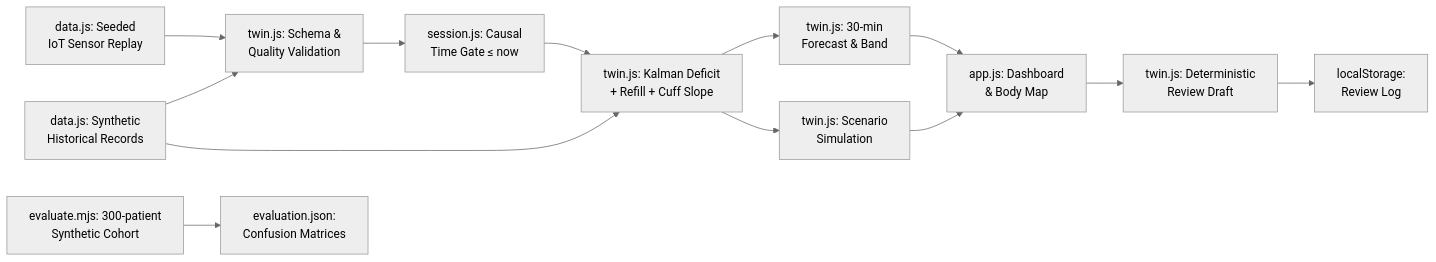
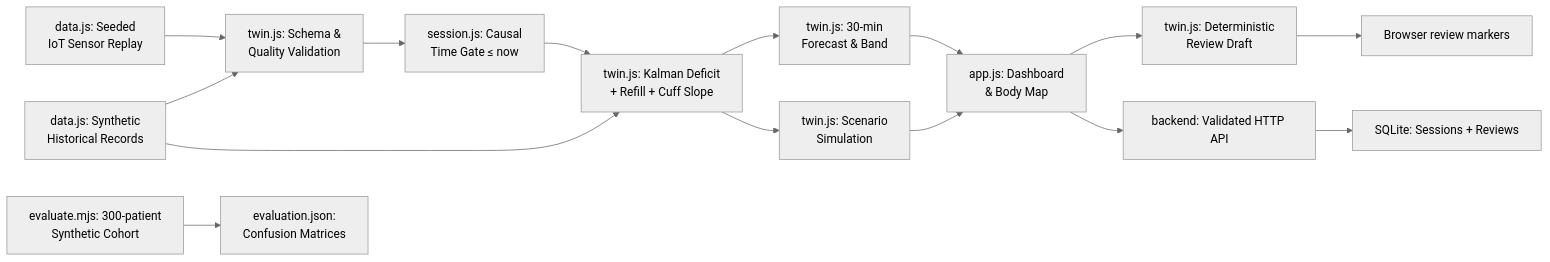
Before and after one commit to Prem-333/Nephra: the first of 2 diagrams in README.md, drawn with Mermaid (neutral theme). The commit also changed other lines of this file and 104 other files, not shown here.

````diff
--- a/README.md
+++ b/README.md
@@ -113,15 +114,17 @@
 ```mermaid
 flowchart LR
     HR["data.js: Synthetic<br/>Historical Records"] --> VAL["twin.js: Schema &<br/>Quality Validation"]
     IOT["data.js: Seeded<br/>IoT Sensor Replay"] --> VAL
     VAL --> GATE["session.js: Causal<br/>Time Gate ≤ now"]
     GATE --> KAL["twin.js: Kalman Deficit<br/>+ Refill + Cuff Slope"]
     HR --> KAL
     KAL --> FCST["twin.js: 30-min<br/>Forecast & Band"]
     KAL --> SCEN["twin.js: Scenario<br/>Simulation"]
     FCST --> DASH["app.js: Dashboard<br/>& Body Map"]
     SCEN --> DASH
     DASH --> NOTE["twin.js: Deterministic<br/>Review Draft"]
-    NOTE --> STORE["localStorage:<br/>Review Log"]
+    NOTE --> STORE["Browser review markers"]
+    DASH --> API["backend: Validated HTTP API"]
+    API --> DB["SQLite: Sessions + Reviews"]
     EVAL["evaluate.mjs: 300-patient<br/>Synthetic Cohort"] --> METRICS["evaluation.json:<br/>Confusion Matrices"]
 ```
````
